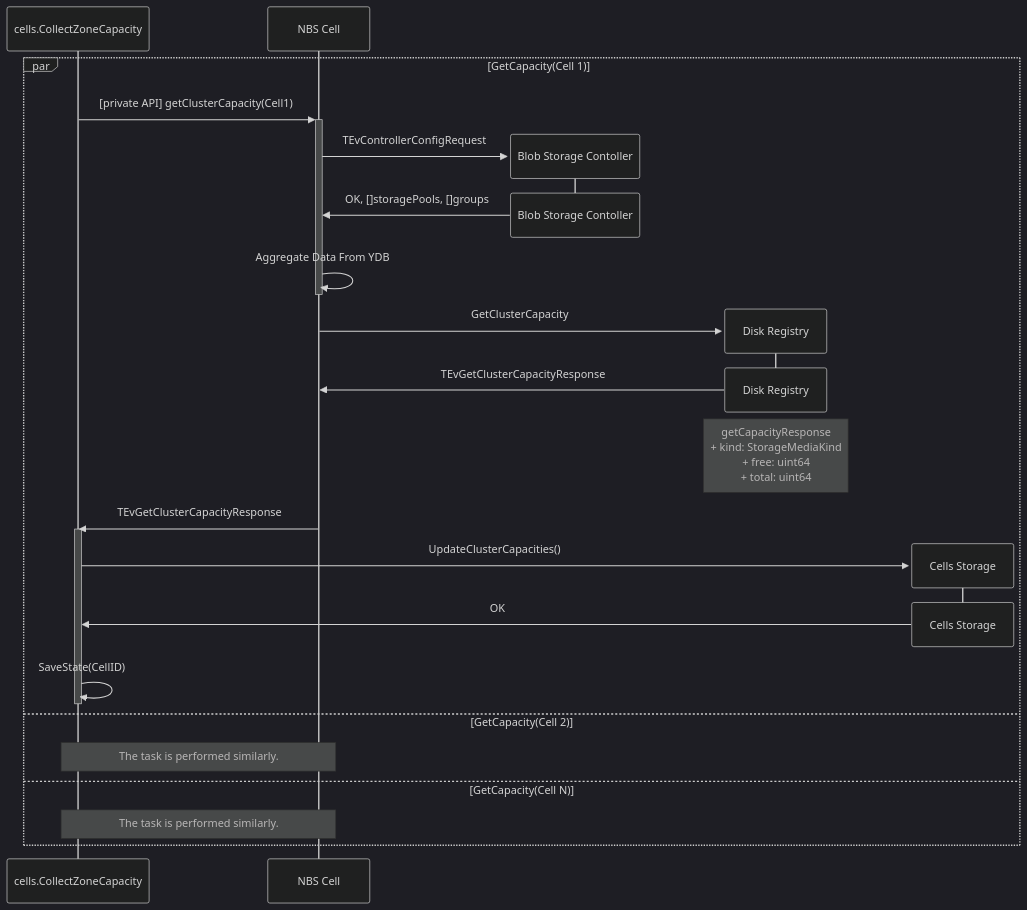
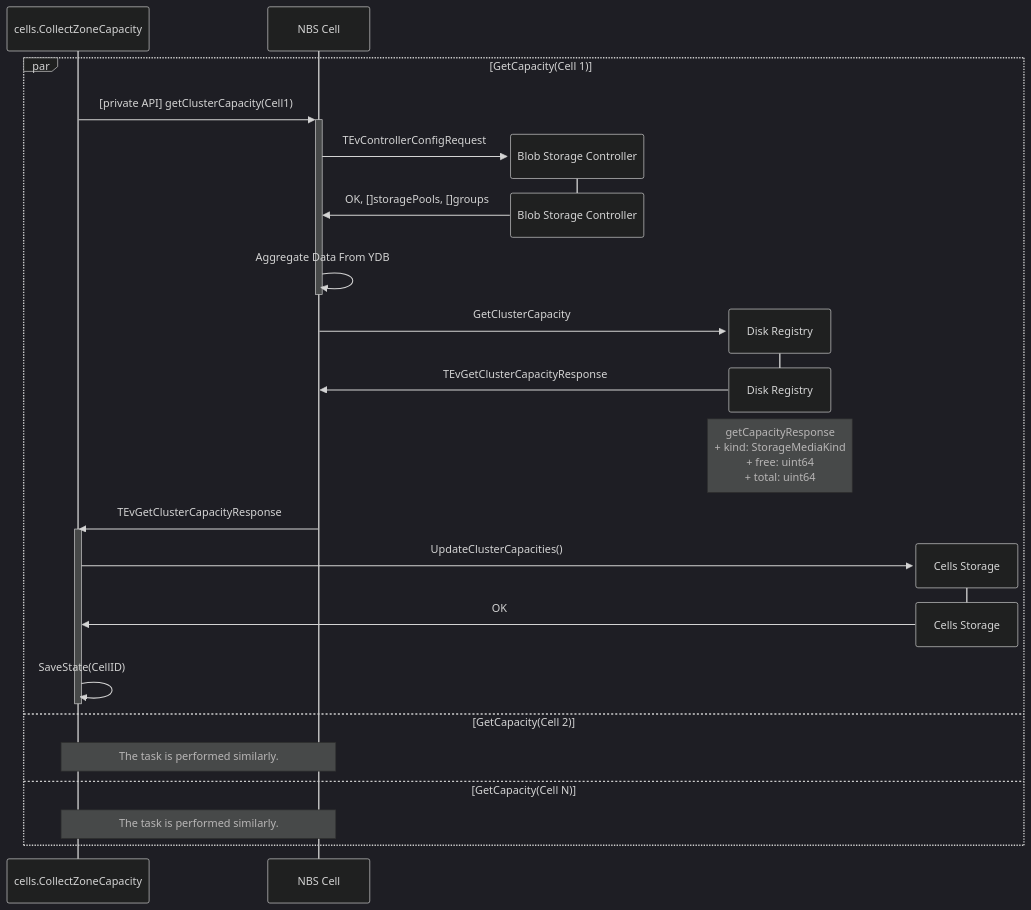
One commit to ydb-platform/nbs changed the first of 4 diagrams in doc/disk_manager/cells/design_doc.md. Above: the diagram before and after it, drawn with Mermaid (dark theme). The commit also changed other lines of this file, not shown here.

````diff
--- a/doc/disk_manager/cells/design_doc.md
+++ b/doc/disk_manager/cells/design_doc.md
@@ -22,34 +22,34 @@
 ```mermaid
 sequenceDiagram
-    participant GetCapactiyTask as cells.CollectZoneCapacity
+    participant GetCapacityTask as cells.CollectZoneCapacity
     participant NBS as NBS Cell
 
     par GetCapacity(Cell 1)
-    GetCapactiyTask ->>+ NBS: [private API] getClusterCapacity(Cell1)
+    GetCapacityTask ->>+ NBS: [private API] getClusterCapacity(Cell1)
 
-    create participant BSC as Blob Storage Contoller
+    create participant BSC as Blob Storage Controller
     NBS ->> BSC: TEvControllerConfigRequest
     destroy BSC
     BSC ->> NBS: OK, []storagePools, []groups
     NBS ->>- NBS: Aggregate Data From YDB
 
     create participant DR as Disk Registry
     NBS ->> DR: GetClusterCapacity
     destroy DR
     DR ->> NBS: TEvGetClusterCapacityResponse
     Note over DR: getCapacityResponse<br/>+ kind: StorageMediaKind<br/>+ free: uint64<br/>+ total: uint64
-    NBS ->> GetCapactiyTask: TEvGetClusterCapacityResponse
+    NBS ->> GetCapacityTask: TEvGetClusterCapacityResponse
 
-    activate GetCapactiyTask
+    activate GetCapacityTask
     create participant CS as Cells Storage
-    GetCapactiyTask ->> CS: UpdateClusterCapacities()
+    GetCapacityTask ->> CS: UpdateClusterCapacities()
     destroy CS
-    CS ->> GetCapactiyTask: OK
-    GetCapactiyTask ->> GetCapactiyTask: SaveState(CellID)
-    deactivate GetCapactiyTask
+    CS ->> GetCapacityTask: OK
+    GetCapacityTask ->> GetCapacityTask: SaveState(CellID)
+    deactivate GetCapacityTask
     and GetCapacity(Cell 2)
-    Note over GetCapactiyTask, NBS: The task is performed similarly.
+    Note over GetCapacityTask, NBS: The task is performed similarly.
     and GetCapacity(Cell N)
-    Note over GetCapactiyTask, NBS: The task is performed similarly.
+    Note over GetCapacityTask, NBS: The task is performed similarly.
     end
 ```
````
